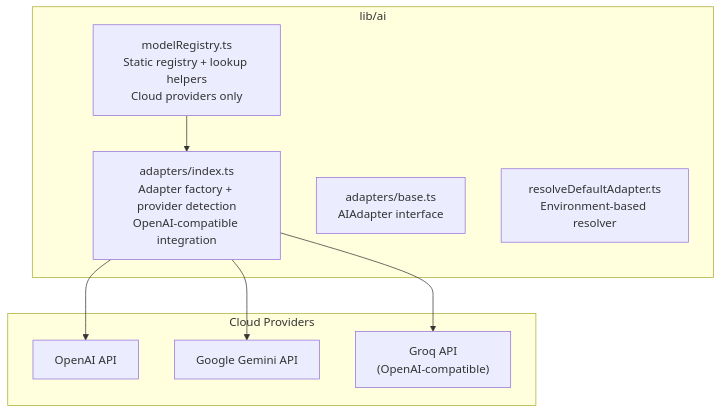
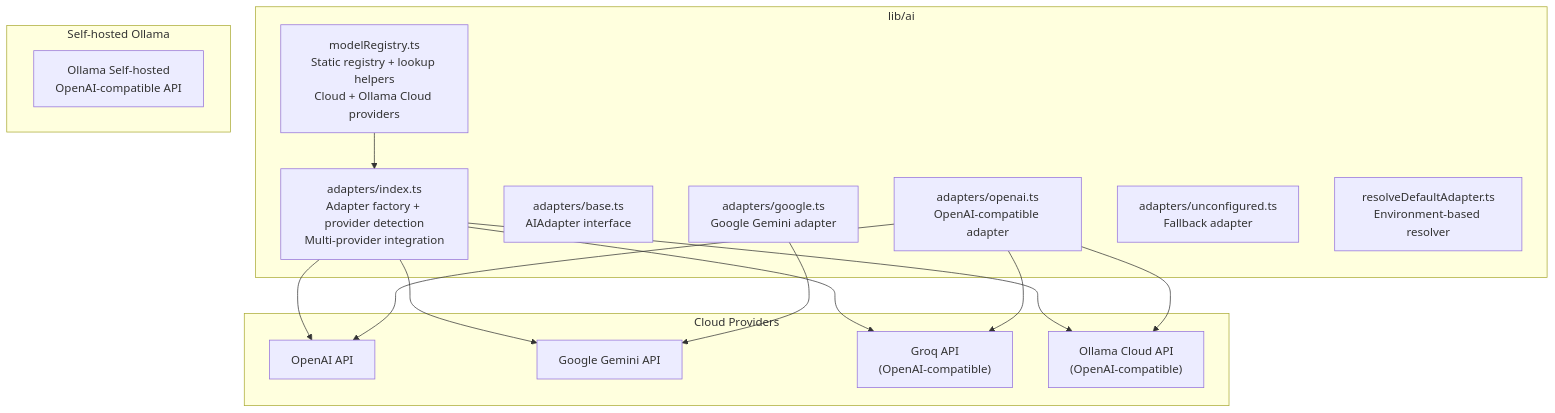
Before and after one commit to shekhargiri005-dotcom/AI-powered-accessibility-first-UI-engine: the first of 4 diagrams in .qoder/repowiki/en/content/AI Generation Engine/Model Configuration & Selection/Model Registry & Profiles.md, drawn with Mermaid. The commit also changed other lines of this file and 24 other files, not shown here.

````diff
--- a/.qoder/repowiki/en/content/AI Generation Engine/Model Configuration & Selection/Model Registry & Profiles.md
+++ b/.qoder/repowiki/en/content/AI Generation Engine/Model Configuration & Selection/Model Registry & Profiles.md
@@ -37,18 +45,30 @@
 ```mermaid
 graph TB
 subgraph "lib/ai"
-MR["modelRegistry.ts<br/>Static registry + lookup helpers<br/>Cloud providers only"]
-ADIDX["adapters/index.ts<br/>Adapter factory + provider detection<br/>OpenAI-compatible integration"]
+MR["modelRegistry.ts<br/>Static registry + lookup helpers<br/>Cloud + Ollama Cloud providers"]
+ADIDX["adapters/index.ts<br/>Adapter factory + provider detection<br/>Multi-provider integration"]
 AIBASE["adapters/base.ts<br/>AIAdapter interface"]
+OPENAIAD["adapters/openai.ts<br/>OpenAI-compatible adapter"]
+GOOGLEAD["adapters/google.ts<br/>Google Gemini adapter"]
+UNCONFIG["adapters/unconfigured.ts<br/>Fallback adapter"]
 RESDEF["resolveDefaultAdapter.ts<br/>Environment-based resolver"]
 end
 subgraph "Cloud Providers"
 OPENAI["OpenAI API"]
 GOOGLE["Google Gemini API"]
 GROQ["Groq API<br/>(OpenAI-compatible)"]
+OLLCLOUD["Ollama Cloud API<br/>(OpenAI-compatible)"]
+end
+subgraph "Self-hosted Ollama"
+OLLAMA["Ollama Self-hosted<br/>OpenAI-compatible API"]
 end
 MR --> ADIDX
 ADIDX --> OPENAI
 ADIDX --> GOOGLE
 ADIDX --> GROQ
+ADIDX --> OLLCLOUD
+OPENAIAD --> OPENAI
+OPENAIAD --> GROQ
+OPENAIAD --> OLLCLOUD
+GOOGLEAD --> GOOGLE
 ```
````
